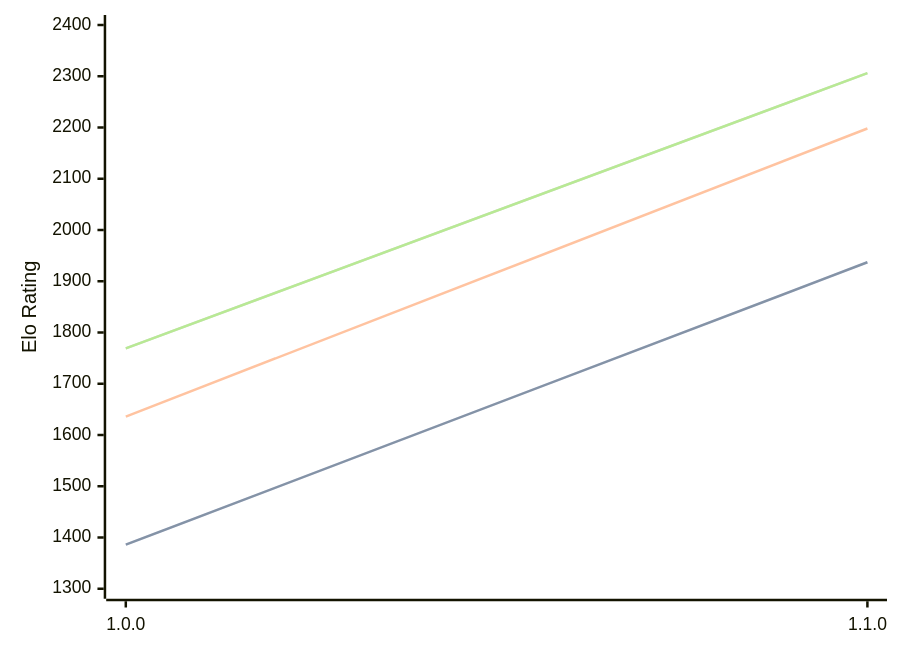
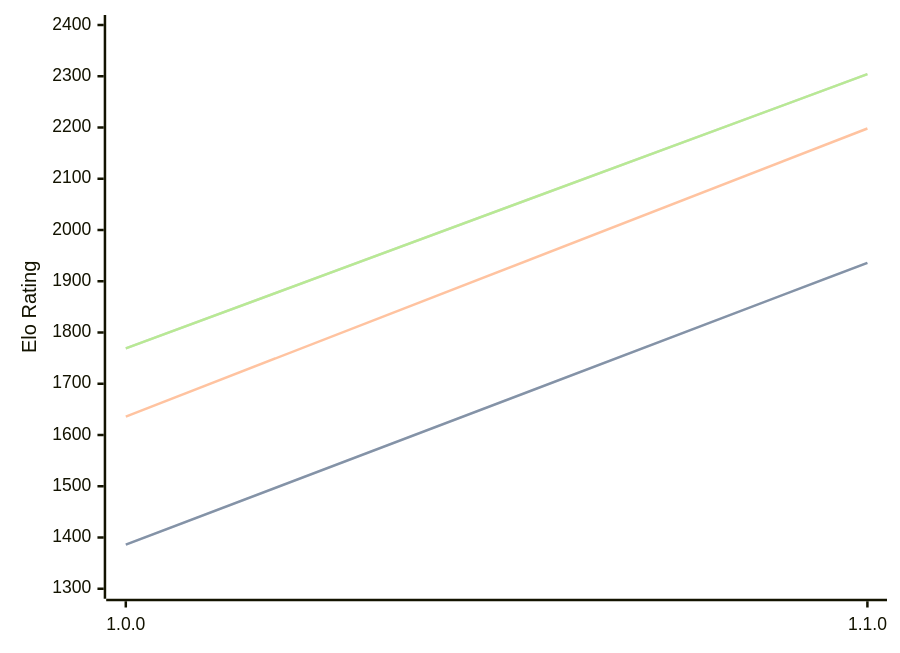
The diagram in engines/Akerbeltz.md (computer-chess-index/cci), drawn with Mermaid before and after one commit. The commit also changed other lines of this file, not shown here.

Commit message:
Update CCI Ratings (ELO VLTC) - 2026-09-23

````diff
--- a/engines/Akerbeltz.md
+++ b/engines/Akerbeltz.md
@@ -32,11 +32,11 @@
 ```mermaid
 %%{init: {"theme":"base","themeVariables":{"seriesColors:['#a3a3a3','#222221','#faa371']}}}%%
 xychart-beta
   x-axis ["1.0.0", "1.1.0"]
   y-axis "Elo Rating" 1300 --> 2400
-  line "" [1386, 1937]
-  line "STC (8.0+0.08s)" [1386, 1937]
+  line "" [1386, 1936]
+  line "STC (8.0+0.08s)" [1386, 1936]
   line "LTC (60.0+0.60s)" [1636, 2198]
-  line "" [1769, 2306]
-  line "VLTC (2m24s+1.12s)" [1769, 2306]
+  line "" [1769, 2304]
+  line "VLTC (2m24s+1.12s)" [1769, 2304]
 ```
````
